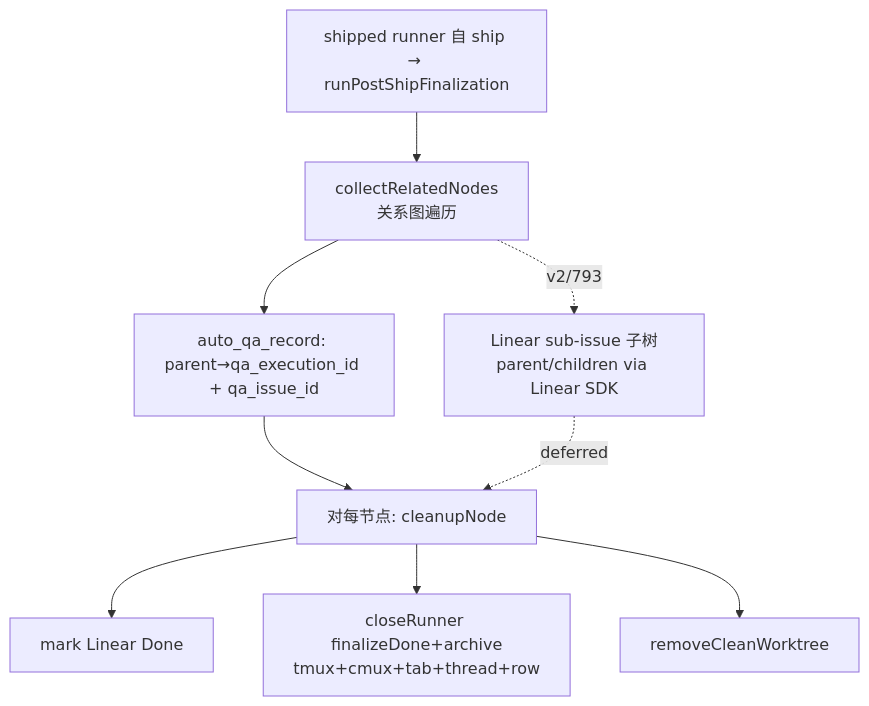
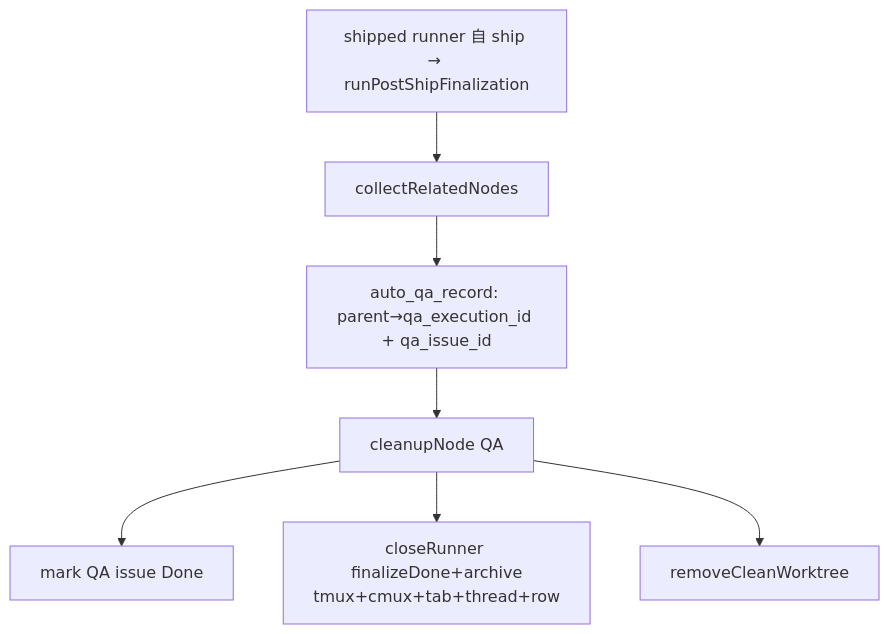
The second of 2 diagrams in engineering/doc/FLY-799-founder-approval-self-ship/plan.md (xrliAnnie/flywheel-qa-sandbox), drawn with Mermaid before and after one commit. The commit also changed other lines of this file, not shown here.

````diff
--- a/engineering/doc/FLY-799-founder-approval-self-ship/plan.md
+++ b/engineering/doc/FLY-799-founder-approval-self-ship/plan.md
@@ -206,11 +218,9 @@
 ```mermaid
 graph TD
-    S[shipped runner 自 ship → runPostShipFinalization] --> G[collectRelatedNodes<br/>关系图遍历]
+    S[shipped runner 自 ship → runPostShipFinalization] --> G[collectRelatedNodes]
     G --> Q[auto_qa_record: parent→qa_execution_id + qa_issue_id]
-    G -.v2/793.-> T[Linear sub-issue 子树<br/>parent/children via Linear SDK]
-    Q --> C[对每节点: cleanupNode]
-    T -.deferred.-> C
-    C --> C1[mark Linear Done]
+    Q --> C[cleanupNode QA]
+    C --> C1[mark QA issue Done]
     C --> C2[closeRunner finalizeDone+archive<br/>tmux+cmux+tab+thread+row]
     C --> C3[removeCleanWorktree]
 ```
````
